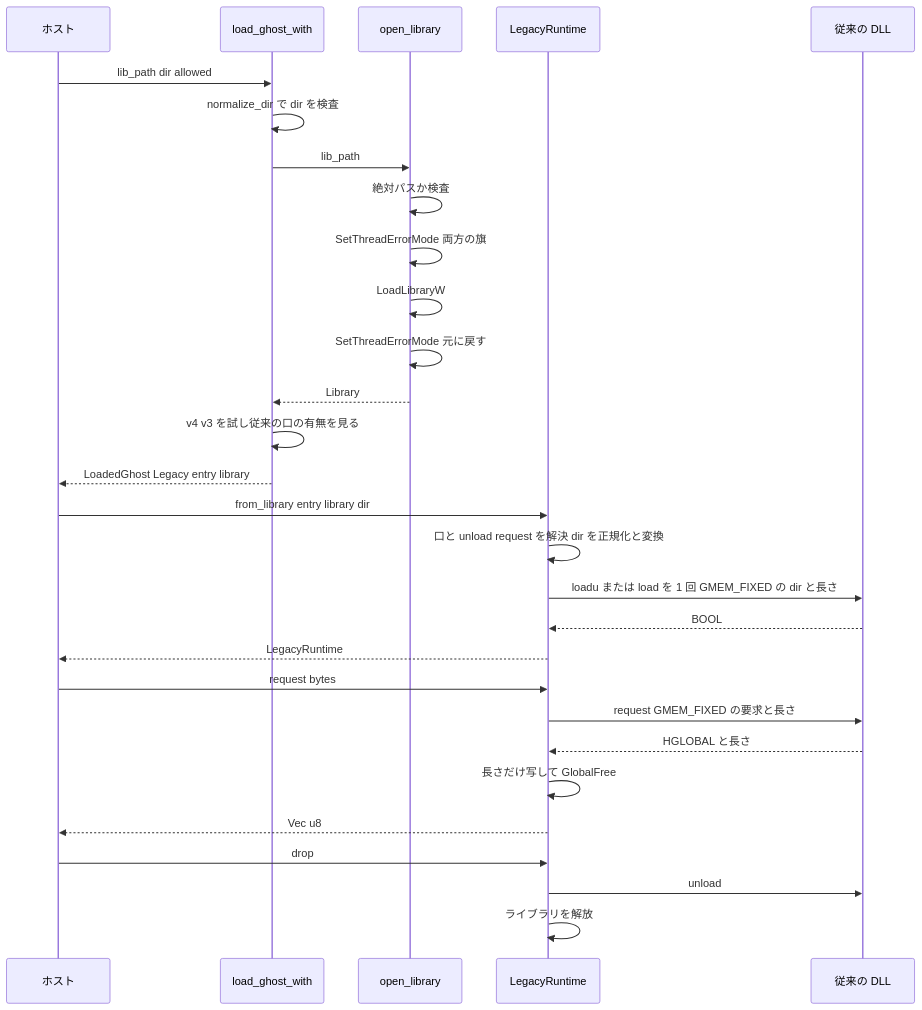
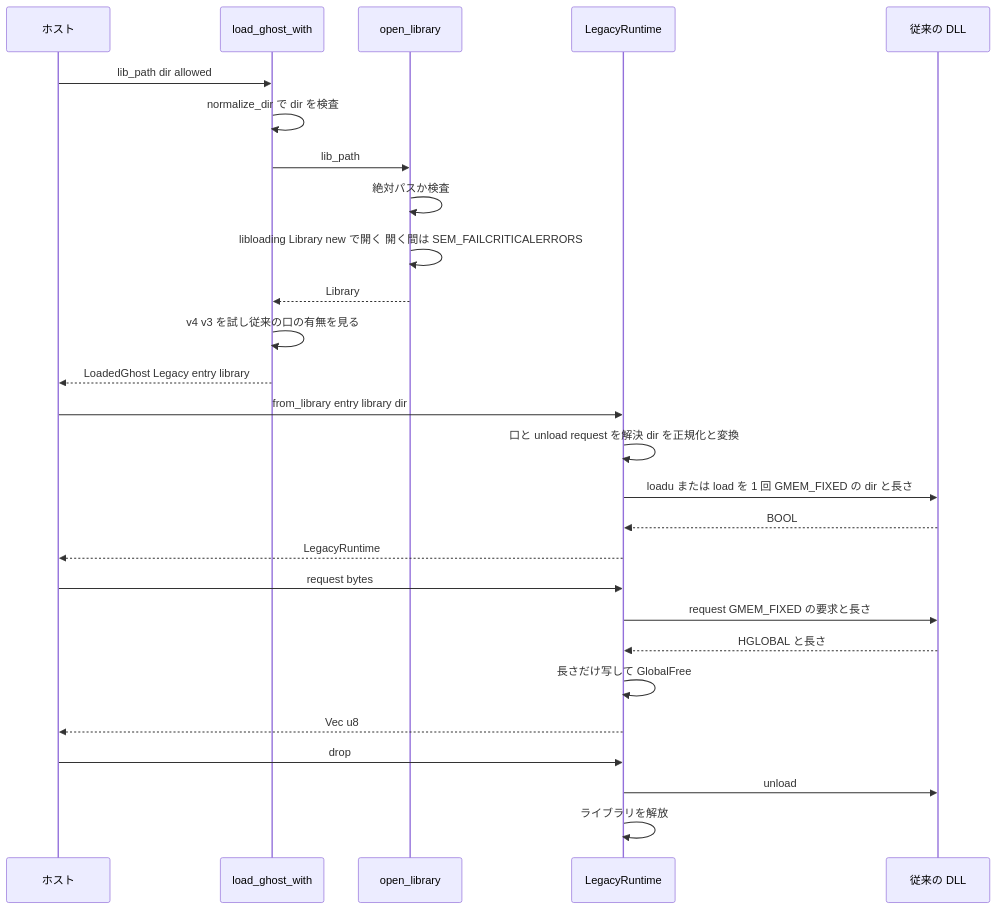
The second of 3 diagrams in .kiro/specs/shiori3-legacy-host/design.md (ekicyou/shiori4), drawn with Mermaid before and after one commit. The commit also changed other lines of this file and 2 other files, not shown here.

````diff
--- a/.kiro/specs/shiori3-legacy-host/design.md
+++ b/.kiro/specs/shiori3-legacy-host/design.md
@@ -148,32 +147,30 @@
 ```mermaid
 sequenceDiagram
     participant H as ホスト
     participant D as load_ghost_with
     participant O as open_library
     participant R as LegacyRuntime
     participant S as 従来の DLL
 
     H->>D: lib_path dir allowed
     D->>D: normalize_dir で dir を検査
     D->>O: lib_path
     O->>O: 絶対パスか検査
-    O->>O: SetThreadErrorMode 両方の旗
-    O->>O: LoadLibraryW
-    O->>O: SetThreadErrorMode 元に戻す
+    O->>O: libloading Library new で開く 開く間は SEM_FAILCRITICALERRORS
     O-->>D: Library
     D->>D: v4 v3 を試し従来の口の有無を見る
     D-->>H: LoadedGhost Legacy entry library
     H->>R: from_library entry library dir
     R->>R: 口と unload request を解決 dir を正規化と変換
     R->>S: loadu または load を 1 回 GMEM_FIXED の dir と長さ
     S-->>R: BOOL
     R-->>H: LegacyRuntime
     H->>R: request bytes
     R->>S: request GMEM_FIXED の要求と長さ
     S-->>R: HGLOBAL と長さ
     R->>R: 長さだけ写して GlobalFree
     R-->>H: Vec u8
     H->>R: drop
     R->>S: unload
     R->>R: ライブラリを解放
 ```
````
